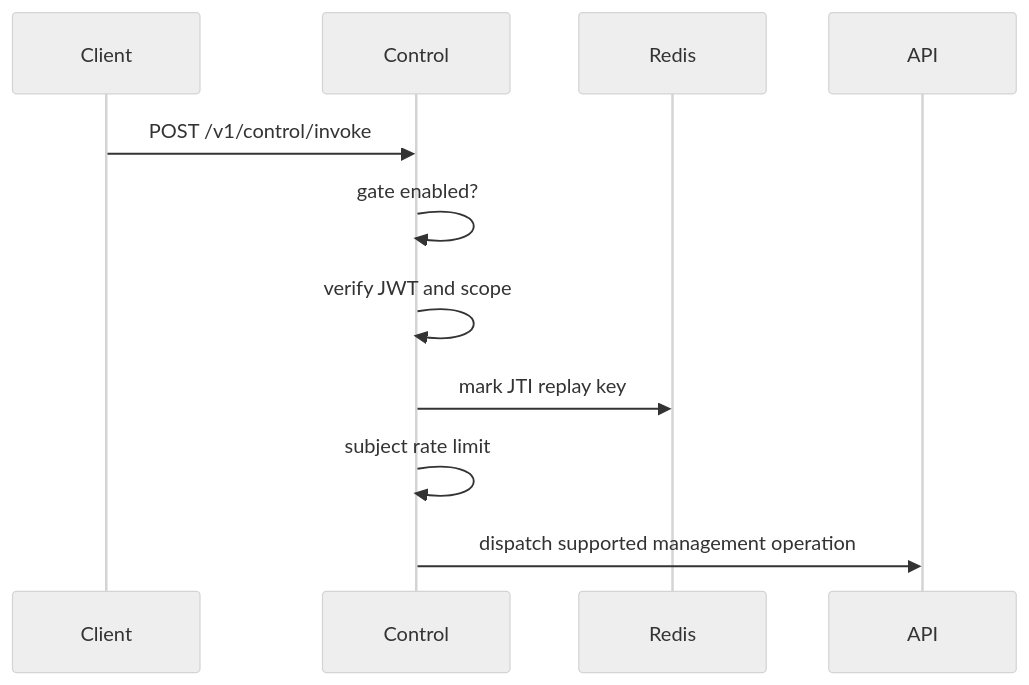
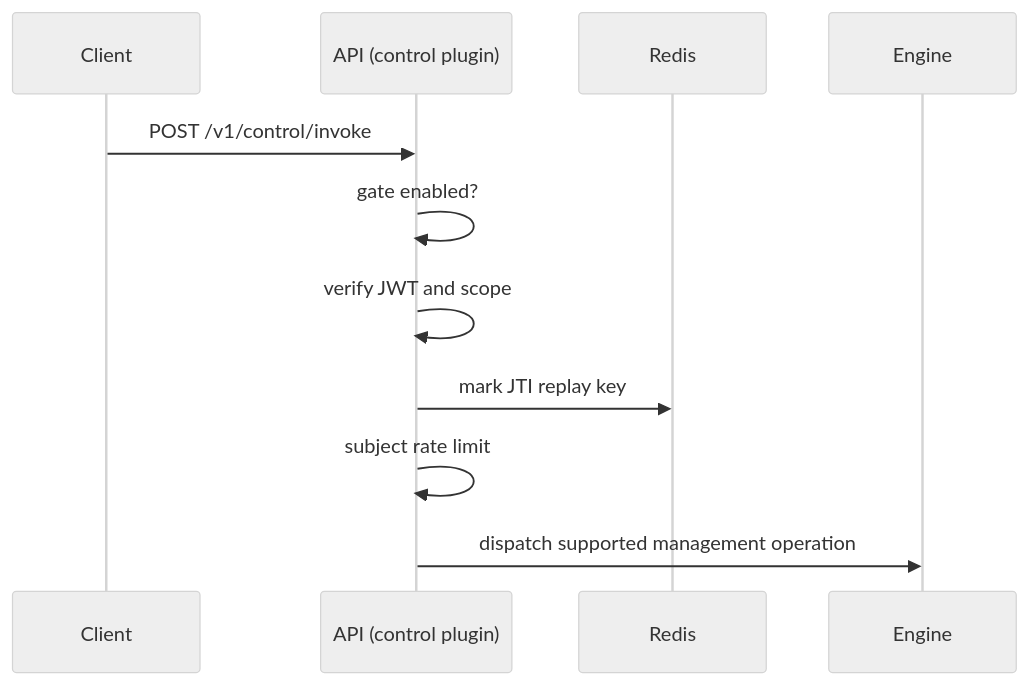
One commit to Garudex-Labs/caracal changed the diagram in docs/src/content/docs/services/control.mdx. Above: the diagram before and after it, drawn with Mermaid (neutral theme). The commit also changed other lines of this file and 4 other files, not shown here.

Commit message:
refactor: update Control service documentation to reflect in-process plugin architecture

````diff
--- a/docs/src/content/docs/services/control.mdx
+++ b/docs/src/content/docs/services/control.mdx
@@ -22,13 +28,13 @@
 ```mermaid
 sequenceDiagram
   participant Client
-  participant Control
+  participant API as API (control plugin)
   participant Redis
-  participant API
-  Client->>Control: POST /v1/control/invoke
-  Control->>Control: gate enabled?
-  Control->>Control: verify JWT and scope
-  Control->>Redis: mark JTI replay key
-  Control->>Control: subject rate limit
-  Control->>API: dispatch supported management operation
+  participant Engine
+  Client->>API: POST /v1/control/invoke
+  API->>API: gate enabled?
+  API->>API: verify JWT and scope
+  API->>Redis: mark JTI replay key
+  API->>API: subject rate limit
+  API->>Engine: dispatch supported management operation
 ```
````
